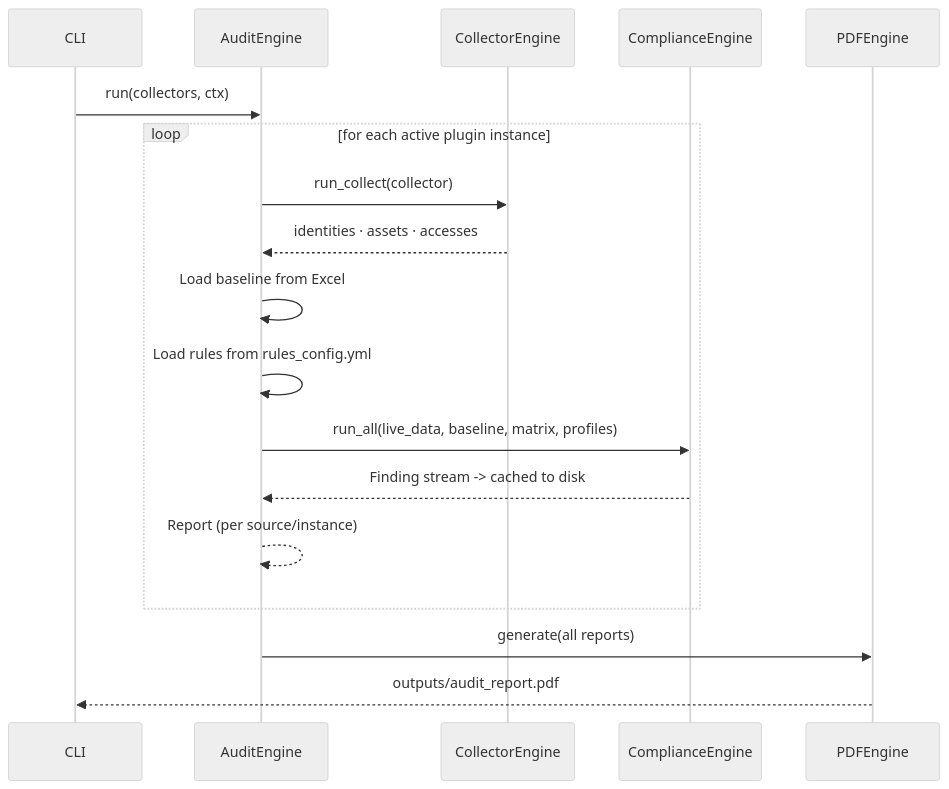
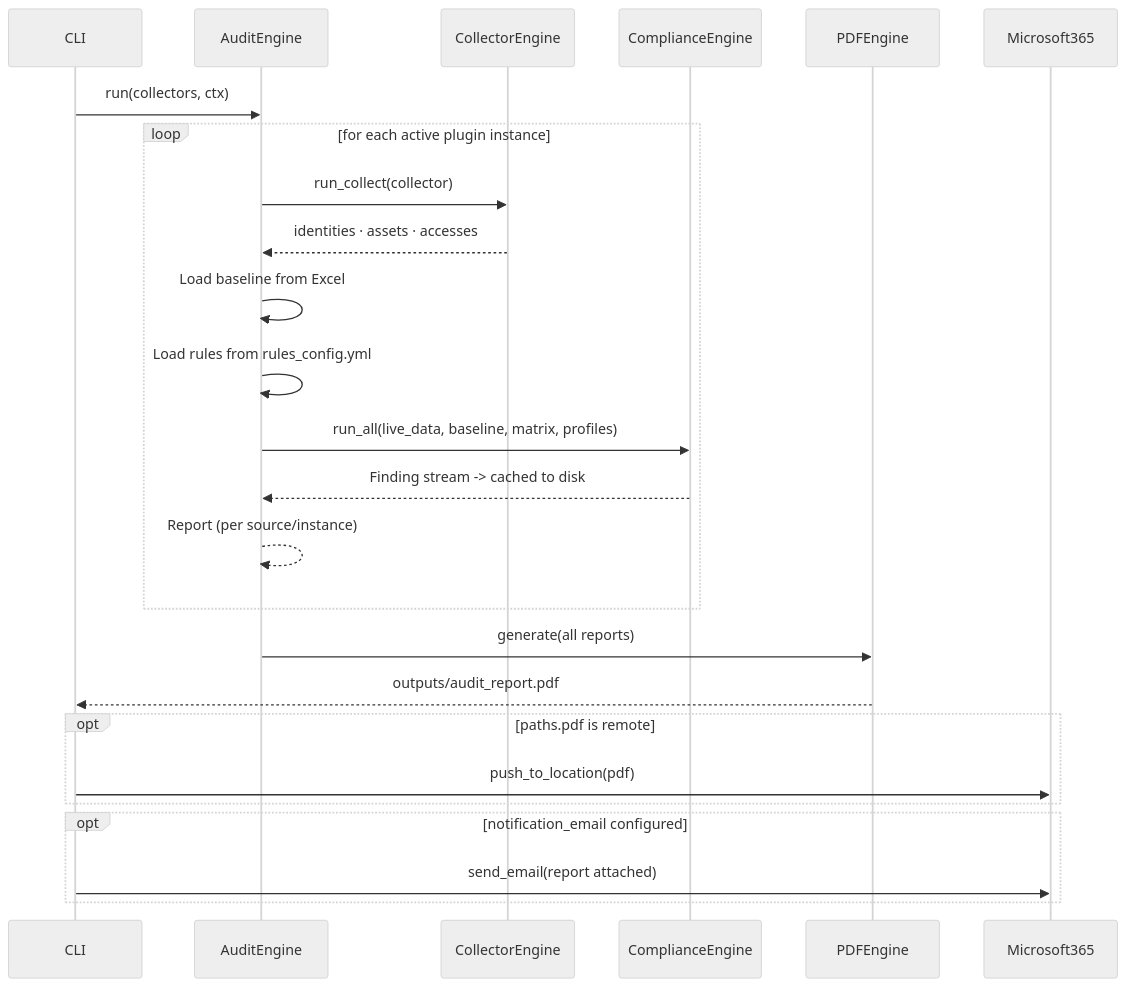
One commit to Kyonew/assets-guardian changed the fourth of 6 diagrams in docs/markdown/ARCHITECTURE.md. Above: the diagram before and after it, drawn with Mermaid (neutral theme). The commit also changed other lines of this file and 89 other files, not shown here.

````diff
--- a/docs/markdown/ARCHITECTURE.md
+++ b/docs/markdown/ARCHITECTURE.md
@@ -125,24 +147,32 @@
 ```mermaid
 sequenceDiagram
     participant CLI
     participant AuditEngine
     participant CollectorEngine
     participant ComplianceEngine
     participant PDFEngine
+    participant Microsoft365
 
     CLI->>AuditEngine: run(collectors, ctx)
 
     loop for each active plugin instance
         AuditEngine->>CollectorEngine: run_collect(collector)
         CollectorEngine-->>AuditEngine: identities · assets · accesses
 
         AuditEngine->>AuditEngine: Load baseline from Excel
         AuditEngine->>AuditEngine: Load rules from rules_config.yml
         AuditEngine->>ComplianceEngine: run_all(live_data, baseline, matrix, profiles)
         ComplianceEngine-->>AuditEngine: Finding stream -> cached to disk
         AuditEngine-->>AuditEngine: Report (per source/instance)
     end
 
     AuditEngine->>PDFEngine: generate(all reports)
     PDFEngine-->>CLI: outputs/audit_report.pdf
+
+    opt paths.pdf is remote
+        CLI->>Microsoft365: push_to_location(pdf)
+    end
+    opt notification_email configured
+        CLI->>Microsoft365: send_email(report attached)
+    end
 ```
````
